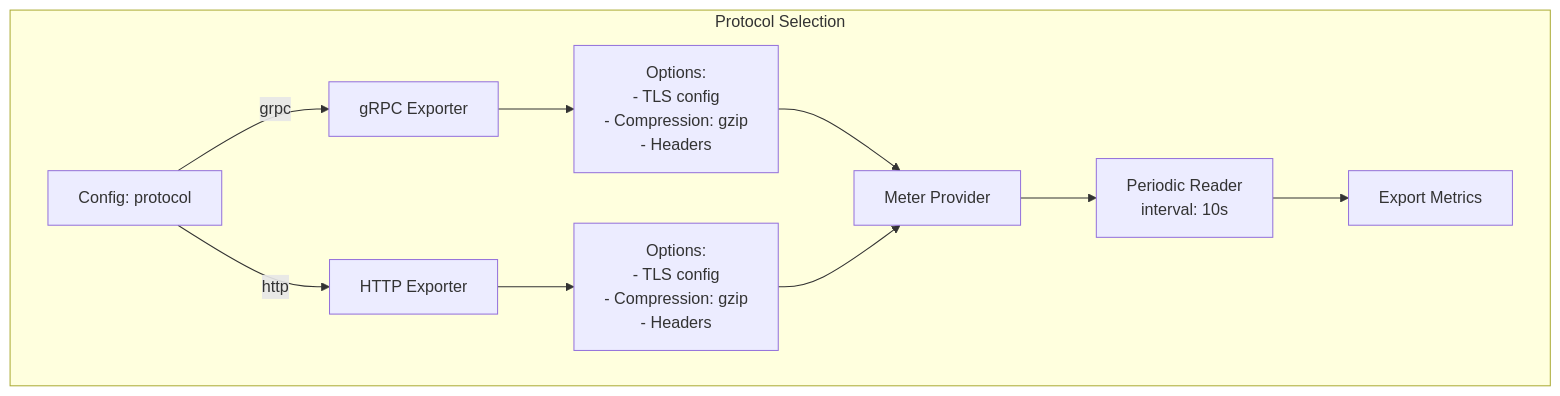
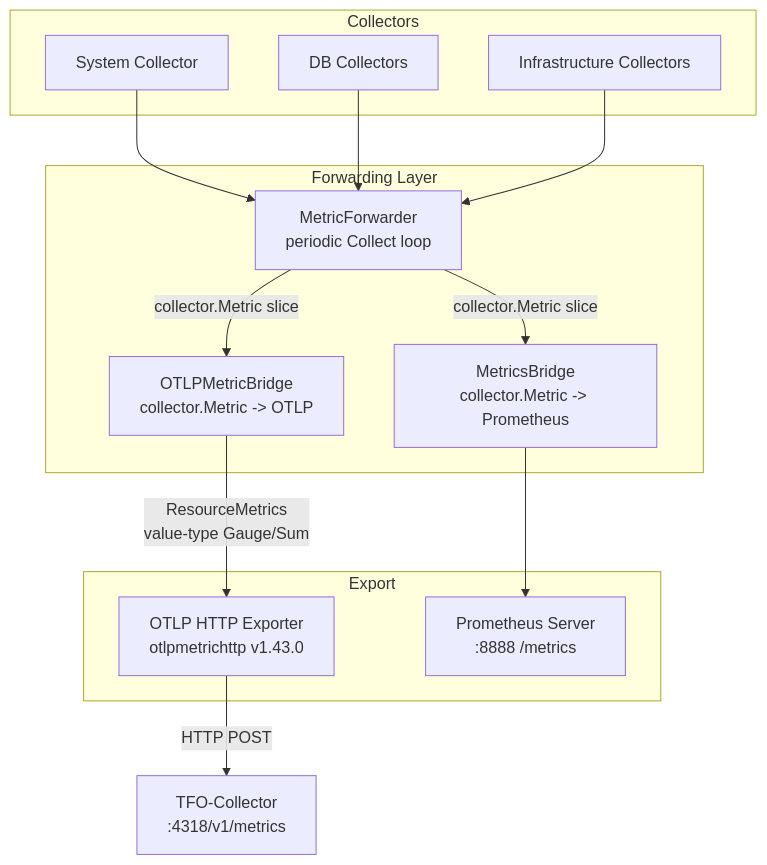
The tenth of 13 diagrams in docs/ARCHITECTURE.md (telemetryflow/telemetryflow-agent), drawn with Mermaid before and after one commit. The commit also changed other lines of this file and 4 other files, not shown here.

Commit message:
fix: OTLP aggregation type mismatch (critical)

````diff
--- a/docs/ARCHITECTURE.md
+++ b/docs/ARCHITECTURE.md
@@ -410,18 +410,31 @@
 ```mermaid
 graph TB
-    subgraph "Protocol Selection"
-        CFG[Config: protocol]
+    subgraph "Collectors"
+        SYS[System Collector]
+        DB[DB Collectors]
+        INFRA[Infrastructure Collectors]
+    end
 
-        CFG -->|grpc| GRPC[gRPC Exporter]
-        CFG -->|http| HTTP[HTTP Exporter]
+    subgraph "Forwarding Layer"
+        FWD[MetricForwarder<br/>periodic Collect loop]
+        BRIDGE[OTLPMetricBridge<br/>collector.Metric -> OTLP]
+        PROM[MetricsBridge<br/>collector.Metric -> Prometheus]
+    end
 
-        GRPC --> GRPC_OPTS[Options:<br/>- TLS config<br/>- Compression: gzip<br/>- Headers]
-        HTTP --> HTTP_OPTS[Options:<br/>- TLS config<br/>- Compression: gzip<br/>- Headers]
+    subgraph "Export"
+        OTLP_HTTP[OTLP HTTP Exporter<br/>otlpmetrichttp v1.43.0]
+        PROM_SVR[Prometheus Server<br/>:8888 /metrics]
+    end
 
-        GRPC_OPTS --> METER[Meter Provider]
-        HTTP_OPTS --> METER
+    SYS --> FWD
+    DB --> FWD
+    INFRA --> FWD
 
-        METER --> PERIODIC[Periodic Reader<br/>interval: 10s]
-        PERIODIC --> EXPORT[Export Metrics]
-    end
+    FWD -->|collector.Metric slice| BRIDGE
+    FWD -->|collector.Metric slice| PROM
+
+    BRIDGE -->|ResourceMetrics<br/>value-type Gauge/Sum| OTLP_HTTP
+    PROM --> PROM_SVR
+
+    OTLP_HTTP -->|HTTP POST| COLLECTOR[TFO-Collector<br/>:4318/v1/metrics]
 ```
````
